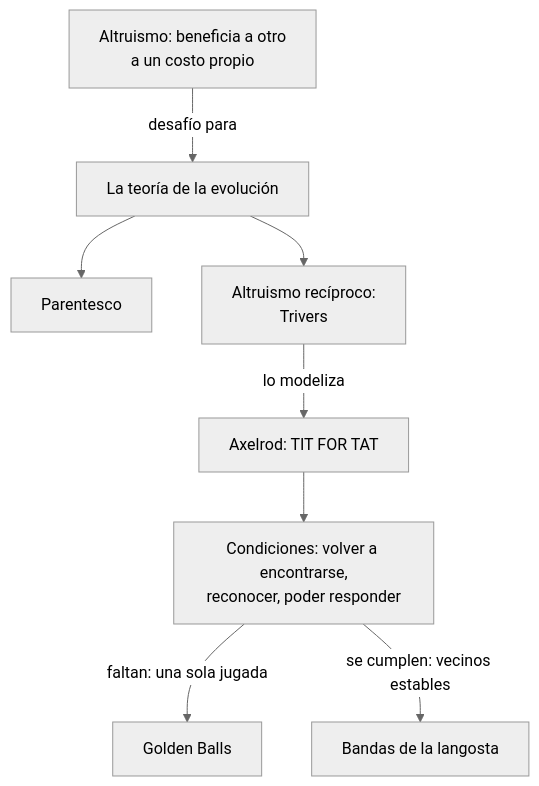
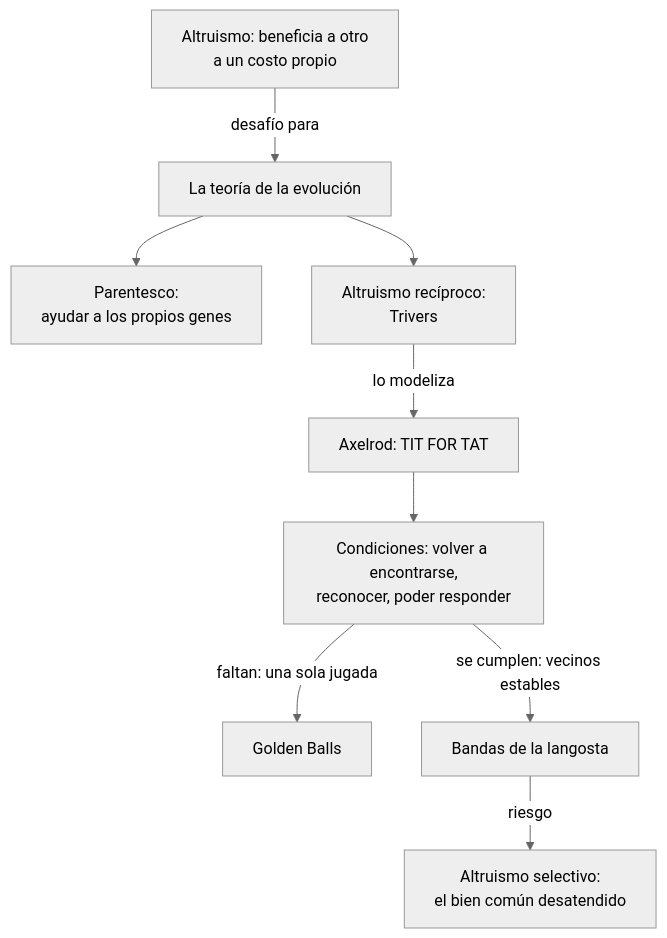
Before and after one commit to Franco4447/psicologia-favaloro: the diagram in 2do Año/Psicología Social/3_Guias_de_Estudio/_media/C08_AltruismoYConductaProsocial_Oral_01.mmd, drawn with Mermaid (neutral theme). The commit also changed 6 other files, not shown here.

```diff
--- a/2do Año/Psicología Social/3_Guias_de_Estudio/_media/C08_AltruismoYConductaProsocial_Oral_01.mmd
+++ b/2do Año/Psicología Social/3_Guias_de_Estudio/_media/C08_AltruismoYConductaProsocial_Oral_01.mmd
@@ -1,8 +1,9 @@
 graph TD
   A["Altruismo: beneficia a otro<br>a un costo propio"] -->|desafío para| E["La teoría de la evolución"]
-  E --> P["Parentesco"]
+  E --> P["Parentesco:<br>ayudar a los propios genes"]
   E --> R["Altruismo recíproco:<br>Trivers"]
   R -->|lo modeliza| AX["Axelrod: TIT FOR TAT"]
   AX --> C["Condiciones: volver a encontrarse,<br>reconocer, poder responder"]
   C -->|faltan: una sola jugada| GB["Golden Balls"]
   C -->|se cumplen: vecinos estables| L["Bandas de la langosta"]
+  L -->|riesgo| S["Altruismo selectivo:<br>el bien común desatendido"]
```
